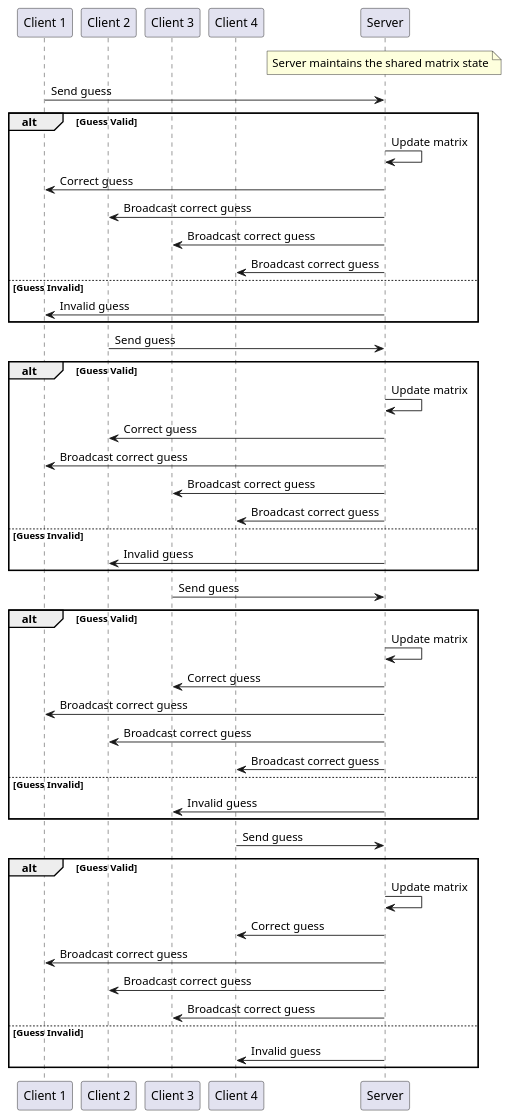
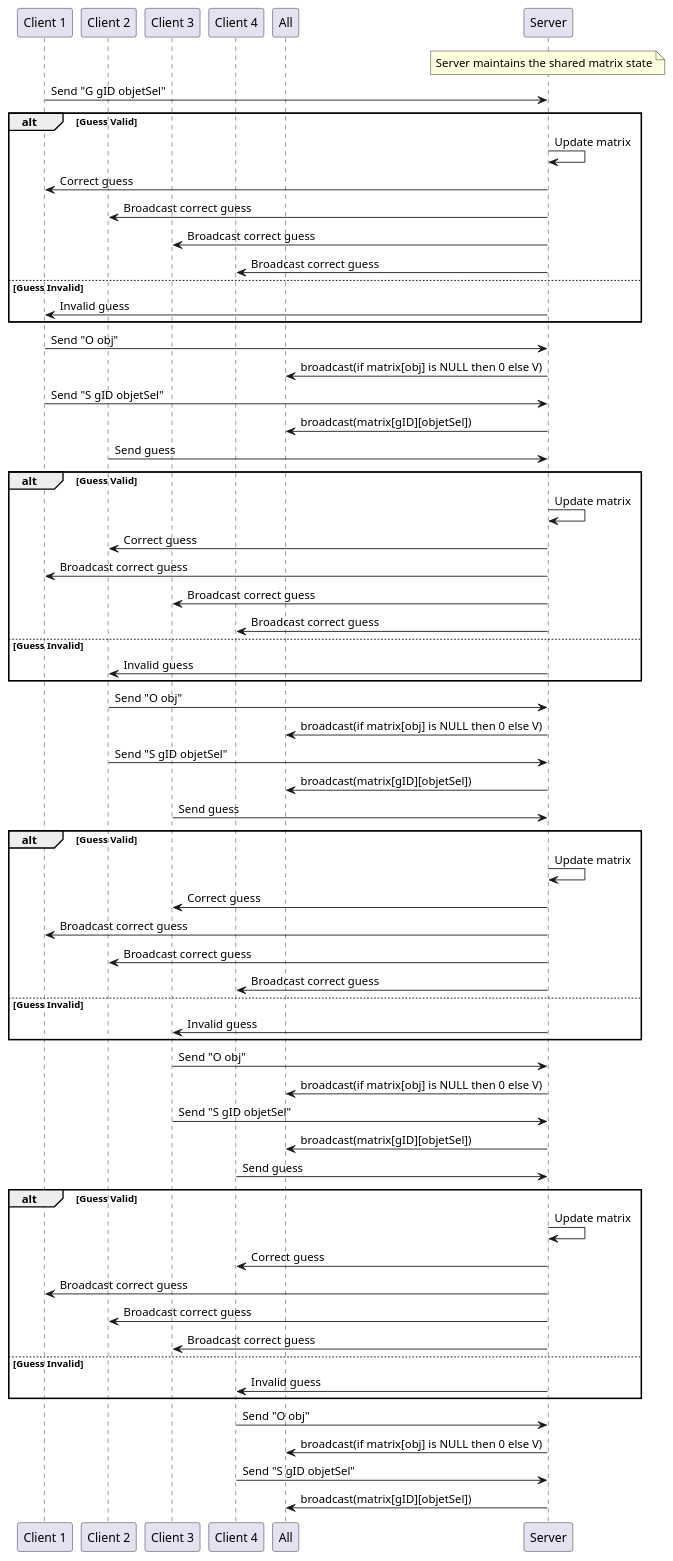
The diagram in UML/game.plantuml (vskarleas/SH13-Network-Game), drawn with PlantUML before and after one commit. The commit also changed 2 other files, not shown here.

```diff
--- a/UML/game.plantuml
+++ b/UML/game.plantuml
@@ -1,54 +1,79 @@
 @startuml
 participant "Client 1" as C1
 participant "Client 2" as C2
 participant "Client 3" as C3
 participant "Client 4" as C4
+participant "All" as All
 participant "Server" as S
 
 note over S: Server maintains the shared matrix state
 
-C1 -> S: Send guess
+C1 -> S:  Send "G gID objetSel"
 alt Guess Valid
     S -> S: Update matrix
     S -> C1: Correct guess
     S -> C2: Broadcast correct guess
     S -> C3: Broadcast correct guess
     S -> C4: Broadcast correct guess
 else Guess Invalid
     S -> C1: Invalid guess
 end
+
+C1 -> S: Send "O obj"
+S -> All: broadcast(if matrix[obj] is NULL then 0 else V)
+
+C1 -> S: Send "S gID objetSel"
+S -> All: broadcast(matrix[gID][objetSel])
 
 C2 -> S: Send guess
 alt Guess Valid
     S -> S: Update matrix
     S -> C2: Correct guess
     S -> C1: Broadcast correct guess
     S -> C3: Broadcast correct guess
     S -> C4: Broadcast correct guess
 else Guess Invalid
     S -> C2: Invalid guess
 end
 
+C2 -> S: Send "O obj"
+S -> All: broadcast(if matrix[obj] is NULL then 0 else V)
+
+C2 -> S: Send "S gID objetSel"
+S -> All: broadcast(matrix[gID][objetSel])
+
 C3 -> S: Send guess
 alt Guess Valid
     S -> S: Update matrix
     S -> C3: Correct guess
     S -> C1: Broadcast correct guess
     S -> C2: Broadcast correct guess
     S -> C4: Broadcast correct guess
 else Guess Invalid
     S -> C3: Invalid guess
 end
+
+C3 -> S: Send "O obj"
+S -> All: broadcast(if matrix[obj] is NULL then 0 else V)
+
+C3 -> S: Send "S gID objetSel"
+S -> All: broadcast(matrix[gID][objetSel])
 
 C4 -> S: Send guess
 alt Guess Valid
     S -> S: Update matrix
     S -> C4: Correct guess
     S -> C1: Broadcast correct guess
     S -> C2: Broadcast correct guess
     S -> C3: Broadcast correct guess
 else Guess Invalid
     S -> C4: Invalid guess
 end
 
+C4 -> S: Send "O obj"
+S -> All: broadcast(if matrix[obj] is NULL then 0 else V)
+
+C4 -> S: Send "S gID objetSel"
+S -> All: broadcast(matrix[gID][objetSel])
+
 @enduml
```
